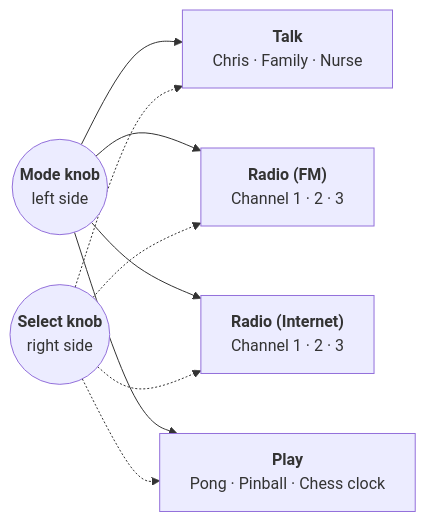
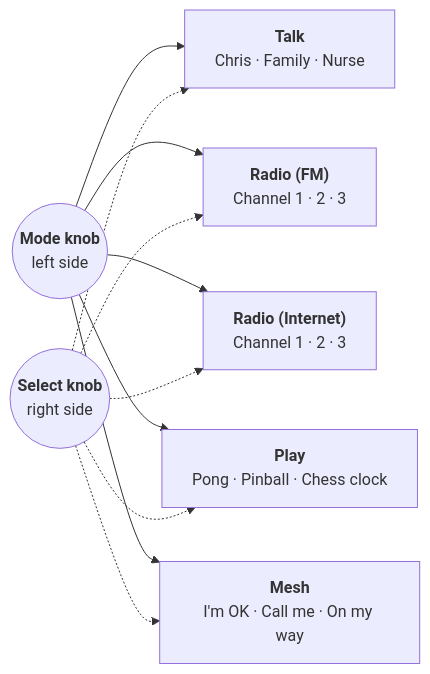
Before and after one commit to cgbarlow/popsradio: the diagram in Pop's Radio as a Platform.md, drawn with Mermaid. The commit also changed other lines of this file and 13 other files, not shown here.

````diff
--- a/Pop's Radio as a Platform.md
+++ b/Pop's Radio as a Platform.md
@@ -63,11 +66,13 @@
 ```mermaid
 flowchart LR
   M(("<b>Mode knob</b><br/>left side")) --> T["<b>Talk</b><br/>Chris · Family · Nurse"]
   M --> F["<b>Radio (FM)</b><br/>Channel 1 · 2 · 3"]
   M --> I["<b>Radio (Internet)</b><br/>Channel 1 · 2 · 3"]
   M --> P["<b>Play</b><br/>Pong · Pinball · Chess clock"]
+  M --> X["<b>Mesh</b><br/>I'm OK · Call me · On my way"]
   S(("<b>Select knob</b><br/>right side")) -.-> T
   S -.-> F
   S -.-> I
   S -.-> P
+  S -.-> X
 ```
````
